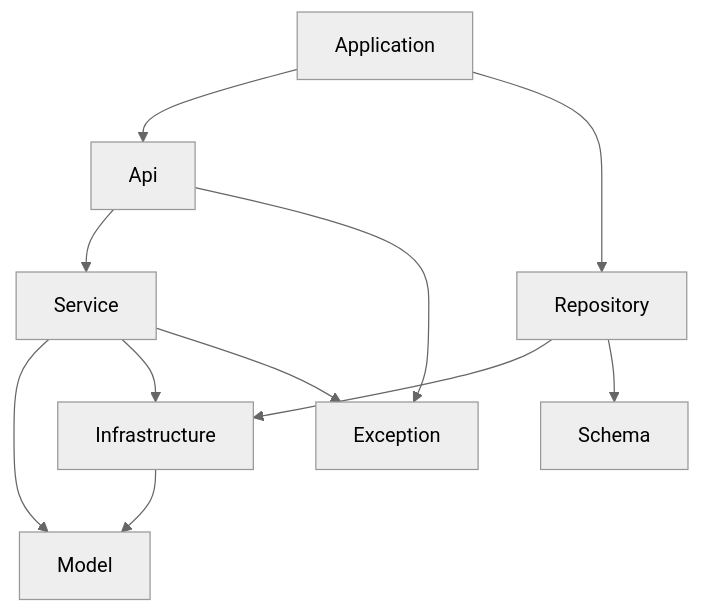
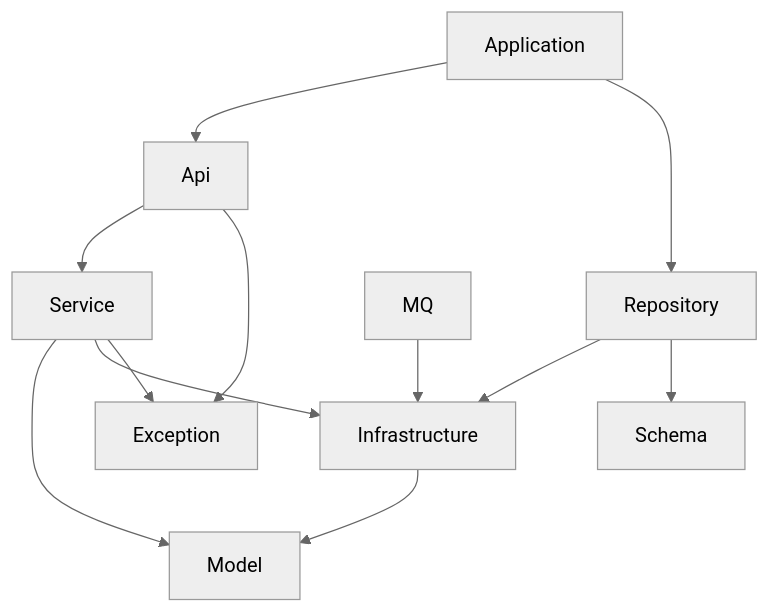
One commit to YeaChan05/remittance changed the first of 2 diagrams in docs/rule/dependencies.md. Above: the diagram before and after it, drawn with Mermaid (neutral theme).

Commit message:
refactor(docs): 의존성 규칙 다이어그램에서 불필요한 연결 제거

````diff
--- a/docs/rule/dependencies.md
+++ b/docs/rule/dependencies.md
@@ -197,21 +197,18 @@
 ```mermaid
 graph TD
     Infrastructure --> Model
     Service --> Model
     Service --> Infrastructure
     Service --> Exception
-
 %%    Exception --> CommonException
-
     Api --> Service
     Api --> Exception
 %%    Api --> CommonApi
-
     Repository --> Infrastructure
     Repository --> Schema
+    MQ --> Infrastructure
 %%    Repository --> CommonRepository
-
-  Application --> Api
-  Application --> Repository
+    Application --> Api
+    Application --> Repository
 %%    Application --> CommonSecurity
 ```
````
